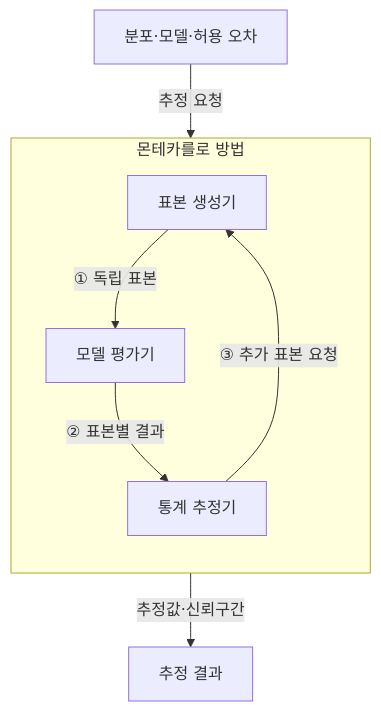
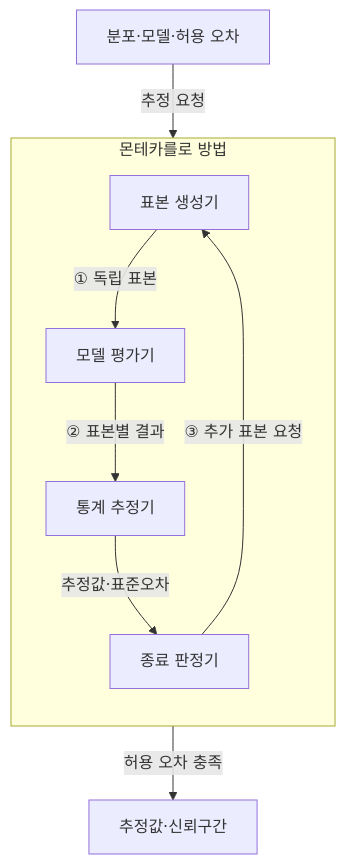
The third of 4 diagrams in src/content/docs/notes/01-basic-theory/017_monte_carlo.md (agnusdei1207/knowledge-base), drawn with Mermaid before and after one commit. The commit also changed other lines of this file and 18 other files, not shown here.

````diff
--- a/src/content/docs/notes/01-basic-theory/017_monte_carlo.md
+++ b/src/content/docs/notes/01-basic-theory/017_monte_carlo.md
@@ -85,11 +97,12 @@
 ```mermaid
 flowchart TB
     Q[분포·모델·허용 오차] -->|추정 요청| G
     subgraph MC[몬테카를로 방법]
         direction TB
         G[표본 생성기] -->|① 독립 표본| M[모델 평가기]
         M -->|② 표본별 결과| E[통계 추정기]
-        E -->|③ 추가 표본 요청| G
+        E -->|추정값·표준오차| C[종료 판정기]
+        C -->|③ 추가 표본 요청| G
     end
-    E -->|추정값·신뢰구간| O[추정 결과]
+    C -->|허용 오차 충족| O[추정값·신뢰구간]
 ```
````
